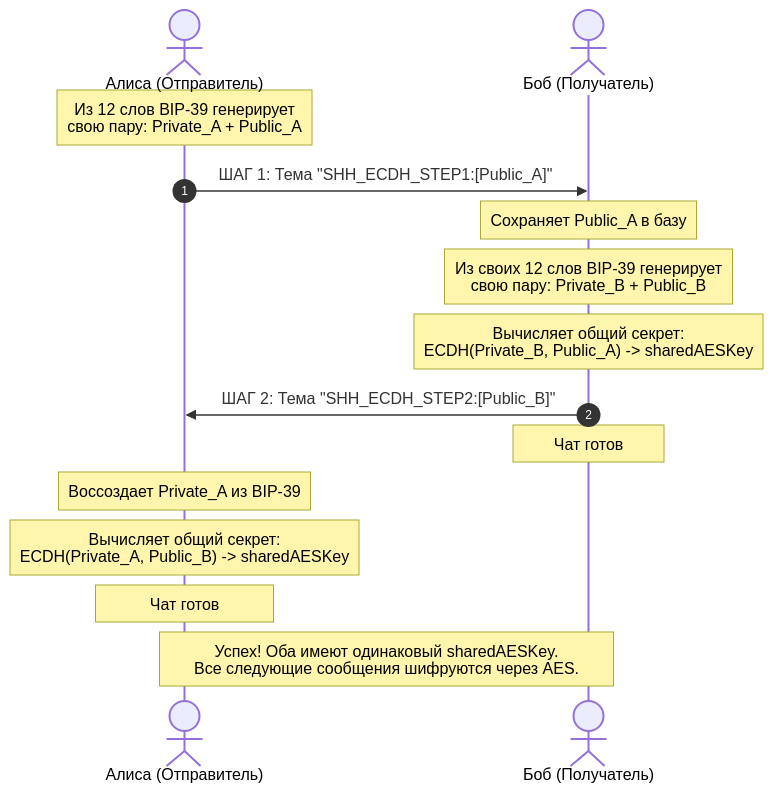
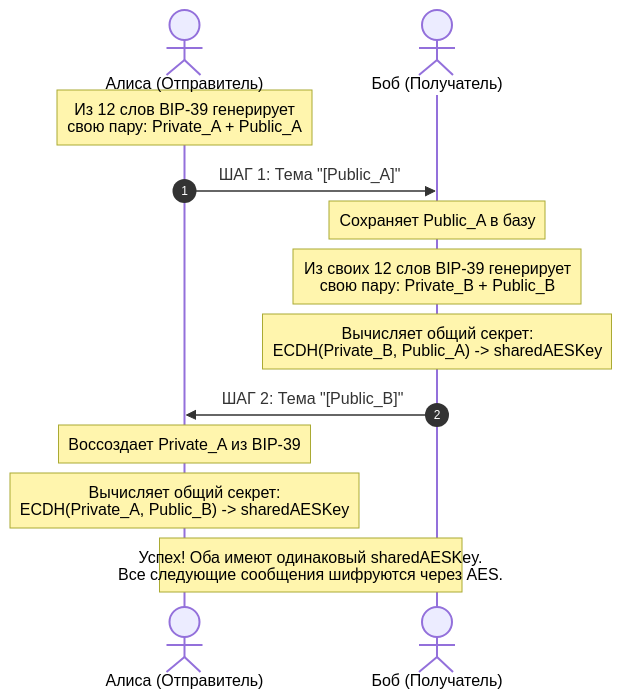
The diagram in README.md (thopm/mycelium), drawn with Mermaid before and after one commit.

Commit message:
README.md

````diff
--- a/README.md
+++ b/README.md
@@ -36,21 +36,19 @@
 ```mermaid
 sequenceDiagram
     autonumber
     actor Alice as Алиса (Отправитель)
     actor Bob as Боб (Получатель)
 
     Note over Alice: Из 12 слов BIP-39 генерирует<br/>свою пару: Private_A + Public_A
-    Alice->>Bob: ШАГ 1: Тема "SHH_ECDH_STEP1:[Public_A]"
+    Alice->>Bob: ШАГ 1: Тема "[Public_A]"
     Note over Bob: Сохраняет Public_A в базу
 
     Note over Bob: Из своих 12 слов BIP-39 генерирует<br/>свою пару: Private_B + Public_B
     Note over Bob: Вычисляет общий секрет:<br/>ECDH(Private_B, Public_A) -> sharedAESKey
-    Bob->>Alice: ШАГ 2: Тема "SHH_ECDH_STEP2:[Public_B]"
-    Note over Bob: Чат готов
+    Bob->>Alice: ШАГ 2: Тема "[Public_B]"
 
     Note over Alice: Воссоздает Private_A из BIP-39
     Note over Alice: Вычисляет общий секрет:<br/>ECDH(Private_A, Public_B) -> sharedAESKey
-    Note over Alice: Чат готов
 
     Note over Alice, Bob: Успех! Оба имеют одинаковый sharedAESKey.<br/>Все следующие сообщения шифруются через AES.
 ```
````
